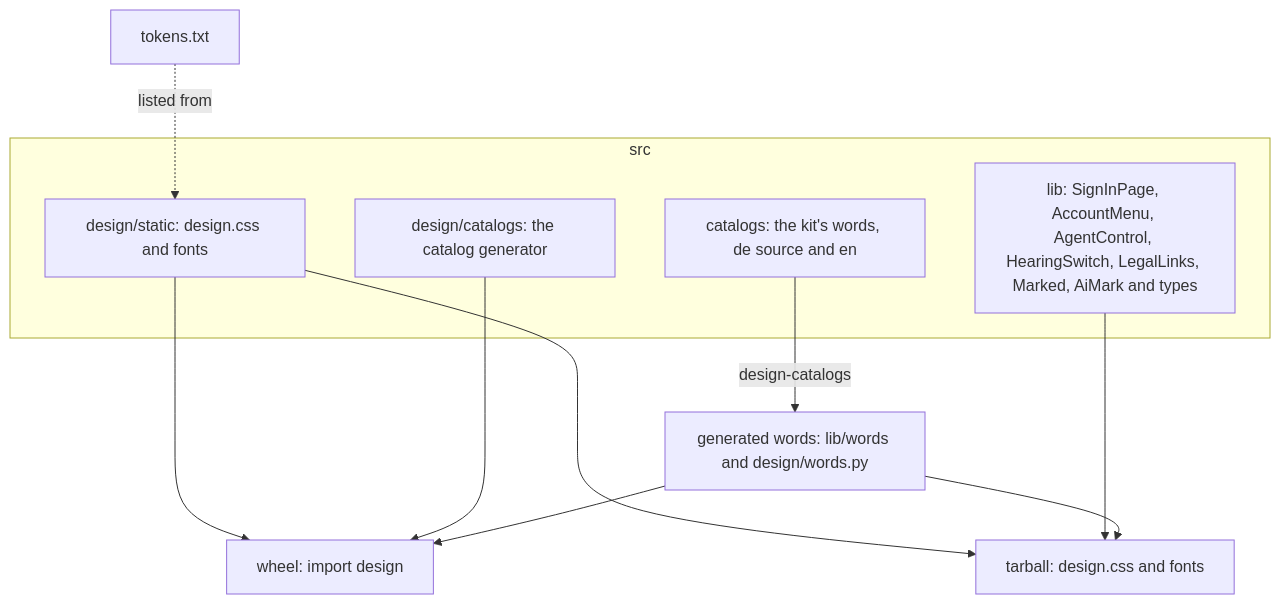
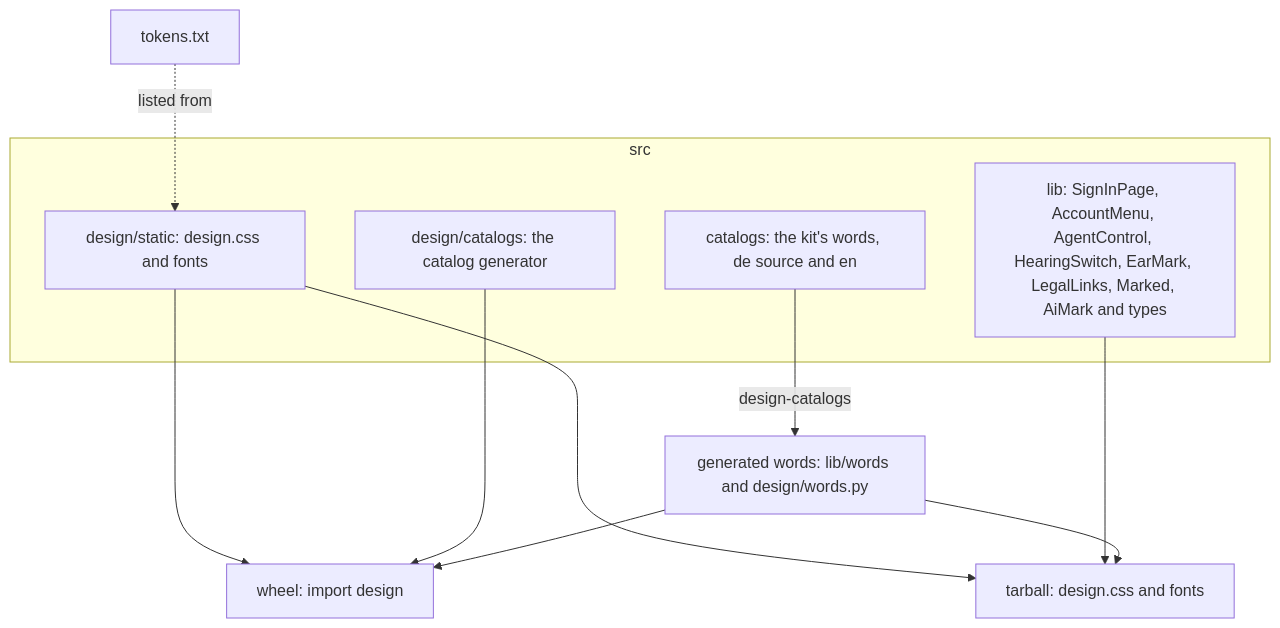
The second of 3 diagrams in docs/ARCHITECTURE.md (overnightworks/appkit), drawn with Mermaid before and after one commit. The commit also changed other lines of this file and 19 other files, not shown here.

First line of the commit message:
Add the EarMark component (#212) (#214)

````diff
--- a/docs/ARCHITECTURE.md
+++ b/docs/ARCHITECTURE.md
@@ -34,17 +34,17 @@
 ```mermaid
 flowchart TB
   subgraph source[src]
     css[design/static: design.css and fonts]
-    comp[lib: SignInPage, AccountMenu, AgentControl, HearingSwitch, LegalLinks, Marked, AiMark and types]
+    comp[lib: SignInPage, AccountMenu, AgentControl, HearingSwitch, EarMark, LegalLinks, Marked, AiMark and types]
     gen[design/catalogs: the catalog generator]
     cat[catalogs: the kit's words, de source and en]
   end
   cat -- design-catalogs --> words[generated words: lib/words and design/words.py]
   css --> wheel[wheel: import design]
   gen --> wheel
   words --> wheel
   css --> tgz[tarball: design.css and fonts]
   comp --> tgz
   words --> tgz
   tokens[tokens.txt] -. listed from .-> css
 ```
````
